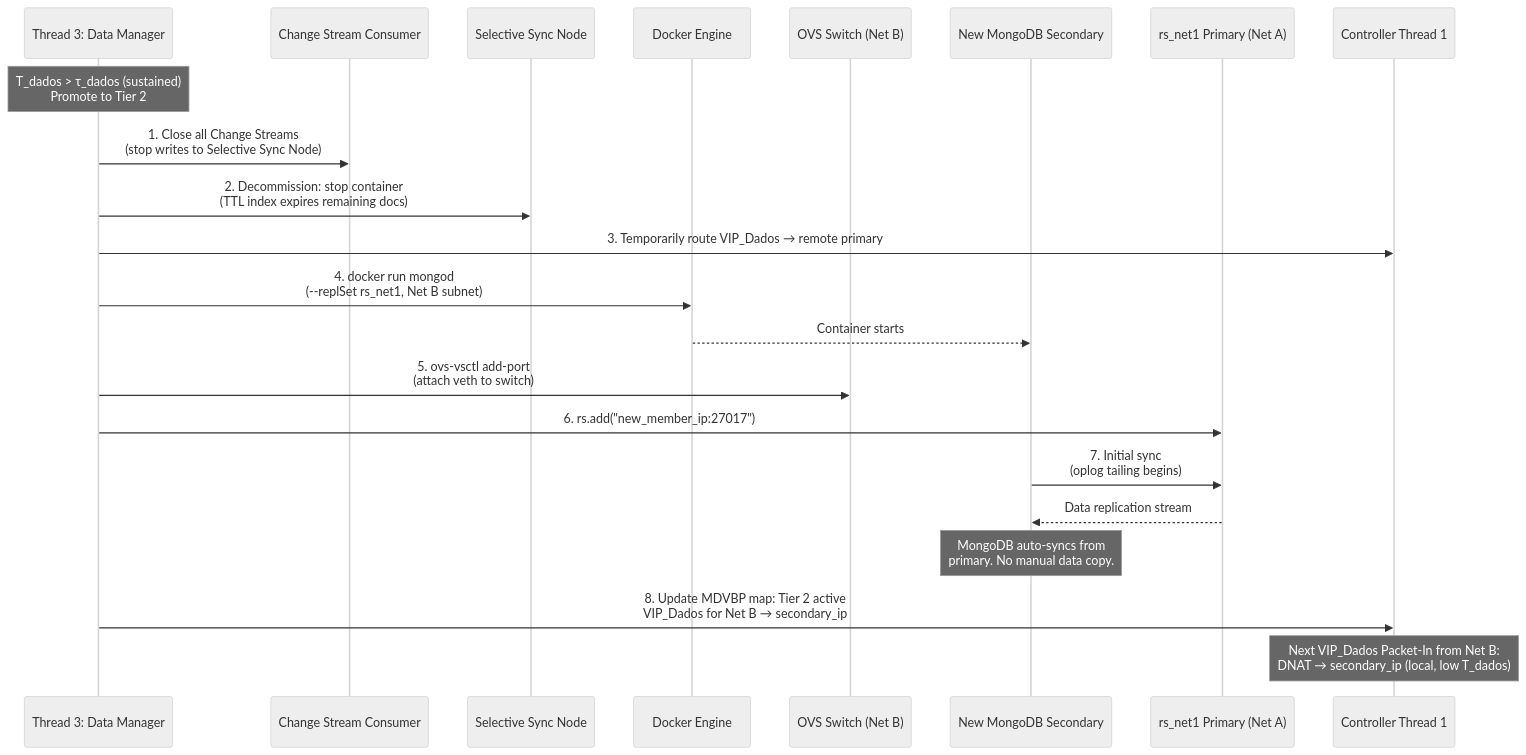
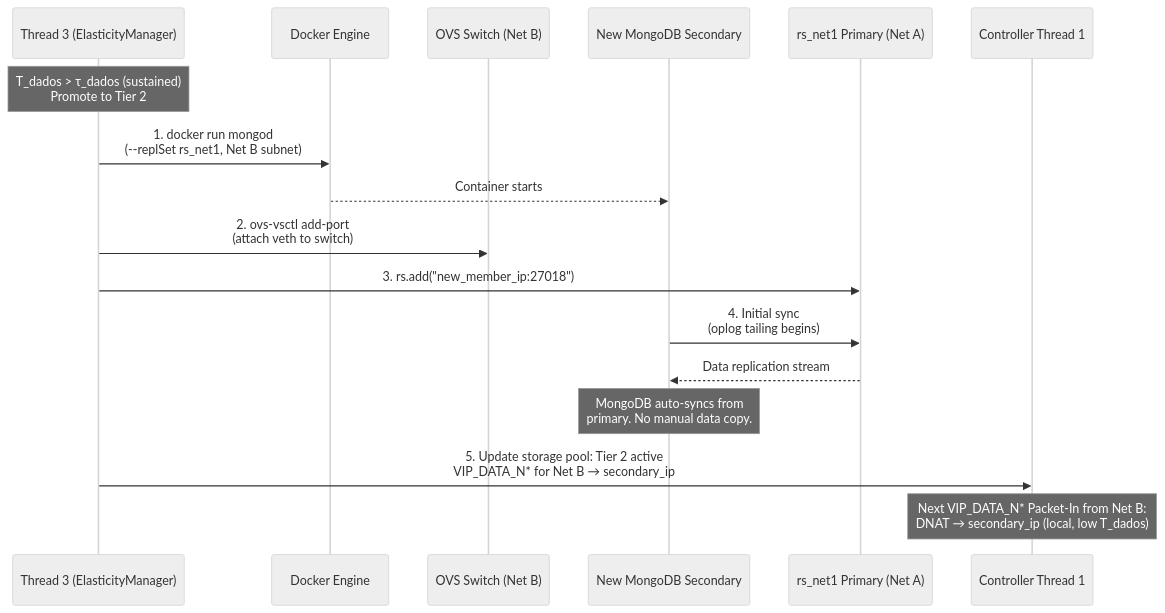
Before and after one commit to poioe20p/efficient-storage-in-edge-scenarios: the tenth of 21 diagrams in docs/operation/system_scenarios.md, drawn with Mermaid (neutral theme). The commit also changed other lines of this file and 28 other files, not shown here.

Commit message:
- setup testing workload - setup http request with connection to db (made some fixes) wrong port and etc - controller was able to vip route both client http to server and server mongodb to db

````diff
--- a/docs/operation/system_scenarios.md
+++ b/docs/operation/system_scenarios.md
@@ -247,26 +247,21 @@
 ```mermaid
 sequenceDiagram
-    participant T3 as Thread 3: Data Manager
-    participant Consumer as Change Stream Consumer
-    participant SyncNode as Selective Sync Node
+    participant T3 as Thread 3 (ElasticityManager)
     participant Docker as Docker Engine
     participant OVS as OVS Switch (Net B)
     participant NewMongo as New MongoDB Secondary
     participant Primary as rs_net1 Primary (Net A)
     participant T1 as Controller Thread 1
 
     Note over T3: T_dados > τ_dados (sustained)<br/>Promote to Tier 2
 
-    T3->>Consumer: 1. Close all Change Streams<br/>(stop writes to Selective Sync Node)
-    T3->>SyncNode: 2. Decommission: stop container<br/>(TTL index expires remaining docs)
-    T3->>T1: 3. Temporarily route VIP_Dados → remote primary
-    T3->>Docker: 4. docker run mongod<br/>(--replSet rs_net1, Net B subnet)
+    T3->>Docker: 1. docker run mongod<br/>(--replSet rs_net1, Net B subnet)
     Docker-->>NewMongo: Container starts
-    T3->>OVS: 5. ovs-vsctl add-port<br/>(attach veth to switch)
-    T3->>Primary: 6. rs.add("new_member_ip:27017")
-    NewMongo->>Primary: 7. Initial sync<br/>(oplog tailing begins)
+    T3->>OVS: 2. ovs-vsctl add-port<br/>(attach veth to switch)
+    T3->>Primary: 3. rs.add("new_member_ip:27018")
+    NewMongo->>Primary: 4. Initial sync<br/>(oplog tailing begins)
     Primary-->>NewMongo: Data replication stream
     Note over NewMongo: MongoDB auto-syncs from<br/>primary. No manual data copy.
-    T3->>T1: 8. Update MDVBP map: Tier 2 active<br/>VIP_Dados for Net B → secondary_ip
-    Note over T1: Next VIP_Dados Packet-In from Net B:<br/>DNAT → secondary_ip (local, low T_dados)
+    T3->>T1: 5. Update storage pool: Tier 2 active<br/>VIP_DATA_N* for Net B → secondary_ip
+    Note over T1: Next VIP_DATA_N* Packet-In from Net B:<br/>DNAT → secondary_ip (local, low T_dados)
 ```
````
